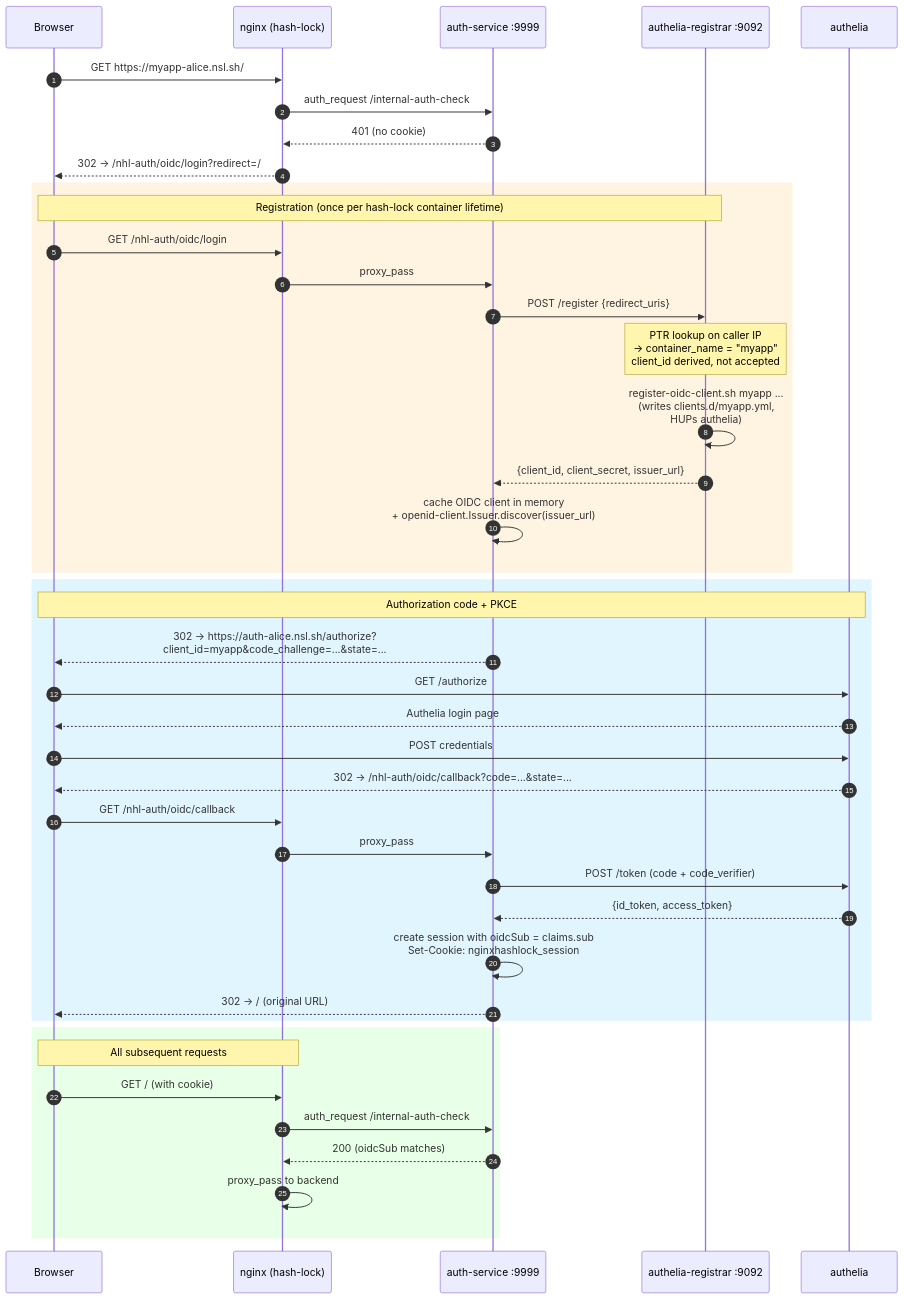
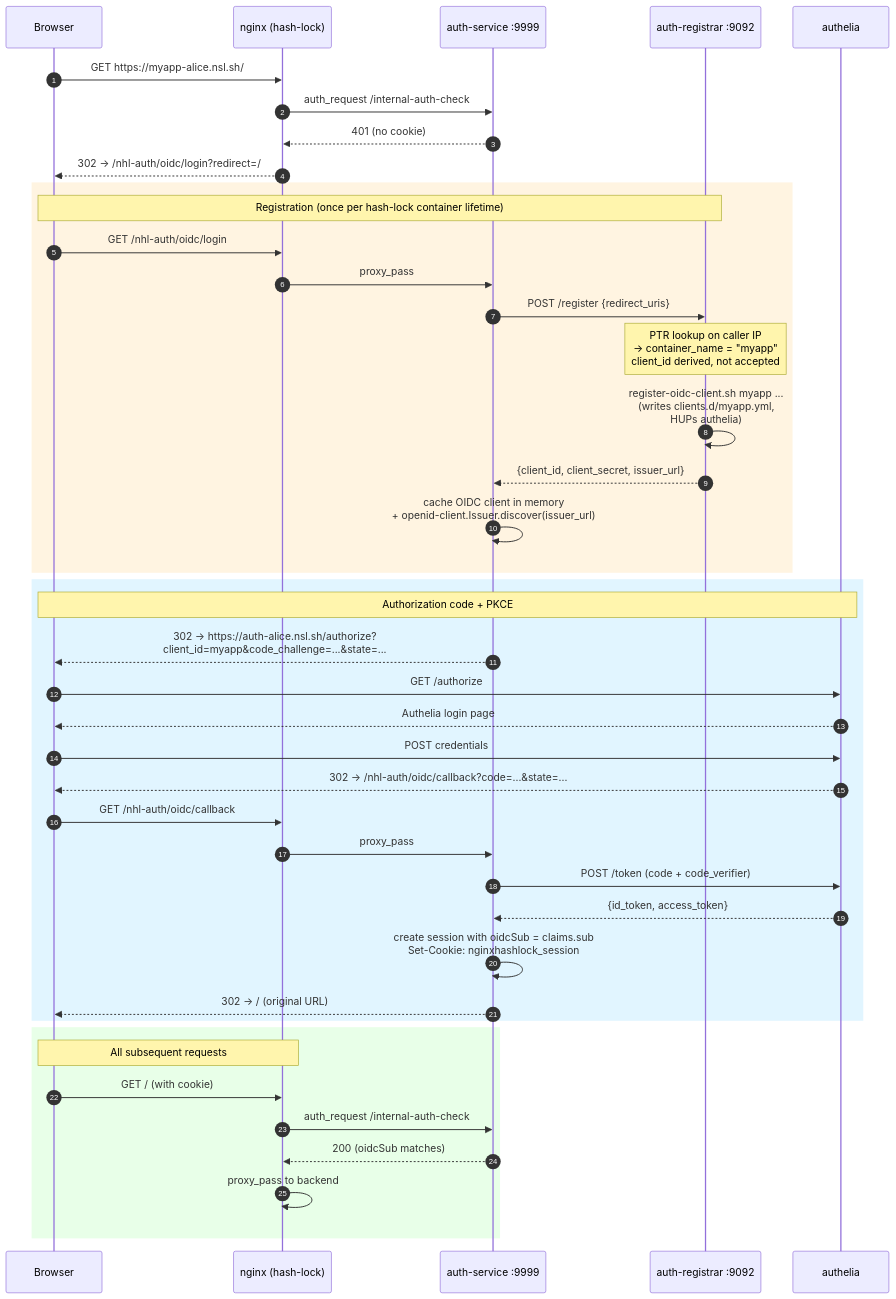
One commit to Yundera/Nginx-hash-lock changed the second of 2 diagrams in docs/architecture.md. Above: the diagram before and after it, drawn with Mermaid. The commit also changed other lines of this file and 3 other files, not shown here.

````diff
--- a/docs/architecture.md
+++ b/docs/architecture.md
@@ -76,48 +76,48 @@
 ```mermaid
 sequenceDiagram
     autonumber
     participant U as Browser
     participant N as nginx (hash-lock)
     participant A as auth-service :9999
-    participant R as authelia-registrar :9092
+    participant R as auth-registrar :9092
     participant Z as authelia
 
     U->>N: GET https://myapp-alice.nsl.sh/
     N->>A: auth_request /internal-auth-check
     A-->>N: 401 (no cookie)
     N-->>U: 302 → /nhl-auth/oidc/login?redirect=/
 
     rect rgb(255, 244, 225)
         Note over U,R: Registration (once per hash-lock container lifetime)
         U->>N: GET /nhl-auth/oidc/login
         N->>A: proxy_pass
         A->>R: POST /register {redirect_uris}
         Note over R: PTR lookup on caller IP<br/>→ container_name = "myapp"<br/>client_id derived, not accepted
         R->>R: register-oidc-client.sh myapp ...<br/>(writes clients.d/myapp.yml,<br/>HUPs authelia)
         R-->>A: {client_id, client_secret, issuer_url}
         A->>A: cache OIDC client in memory<br/>+ openid-client.Issuer.discover(issuer_url)
     end
 
     rect rgb(225, 245, 255)
         Note over U,Z: Authorization code + PKCE
         A-->>U: 302 → https://auth-alice.nsl.sh/authorize?<br/>client_id=myapp&code_challenge=...&state=...
         U->>Z: GET /authorize
         Z-->>U: Authelia login page
         U->>Z: POST credentials
         Z-->>U: 302 → /nhl-auth/oidc/callback?code=...&state=...
         U->>N: GET /nhl-auth/oidc/callback
         N->>A: proxy_pass
         A->>Z: POST /token (code + code_verifier)
         Z-->>A: {id_token, access_token}
         A->>A: create session with oidcSub = claims.sub<br/>Set-Cookie: nginxhashlock_session
         A-->>U: 302 → / (original URL)
     end
 
     rect rgb(232, 255, 232)
         Note over U,N: All subsequent requests
         U->>N: GET / (with cookie)
         N->>A: auth_request /internal-auth-check
         A-->>N: 200 (oidcSub matches)
         N->>N: proxy_pass to backend
     end
 ```
````
